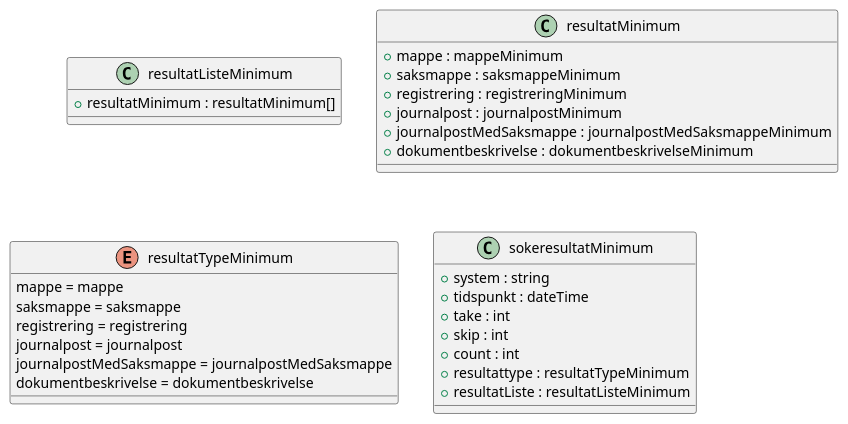
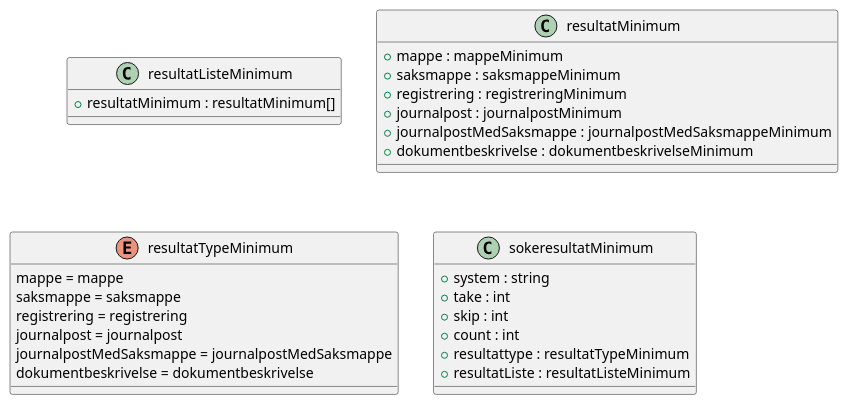
Before and after one commit to ks-no/fiks-arkiv-specification: the diagram in Dokumentasjon/V1/SchemaModels/no/ks/fiks/arkiv/v1/innsyn/sok/resultat/minimum.pu, drawn with PlantUML. The commit also changed 38 other files, not shown here.

```diff
--- a/Dokumentasjon/V1/SchemaModels/no/ks/fiks/arkiv/v1/innsyn/sok/resultat/minimum.pu
+++ b/Dokumentasjon/V1/SchemaModels/no/ks/fiks/arkiv/v1/innsyn/sok/resultat/minimum.pu
@@ -1,32 +1,31 @@
 @startuml
 
 class resultatListeMinimum {
     +resultatMinimum : resultatMinimum[]
 }
 class resultatMinimum {
     +mappe : mappeMinimum
     +saksmappe : saksmappeMinimum
     +registrering : registreringMinimum
     +journalpost : journalpostMinimum
     +journalpostMedSaksmappe : journalpostMedSaksmappeMinimum
     +dokumentbeskrivelse : dokumentbeskrivelseMinimum
 }
 enum resultatTypeMinimum {
     mappe = mappe
     saksmappe = saksmappe
     registrering = registrering
     journalpost = journalpost
     journalpostMedSaksmappe = journalpostMedSaksmappe
     dokumentbeskrivelse = dokumentbeskrivelse
 }
 class sokeresultatMinimum {
     +system : string
-    +tidspunkt : dateTime
     +take : int
     +skip : int
     +count : int
     +resultattype : resultatTypeMinimum
     +resultatListe : resultatListeMinimum
 }
 
 @enduml
```
